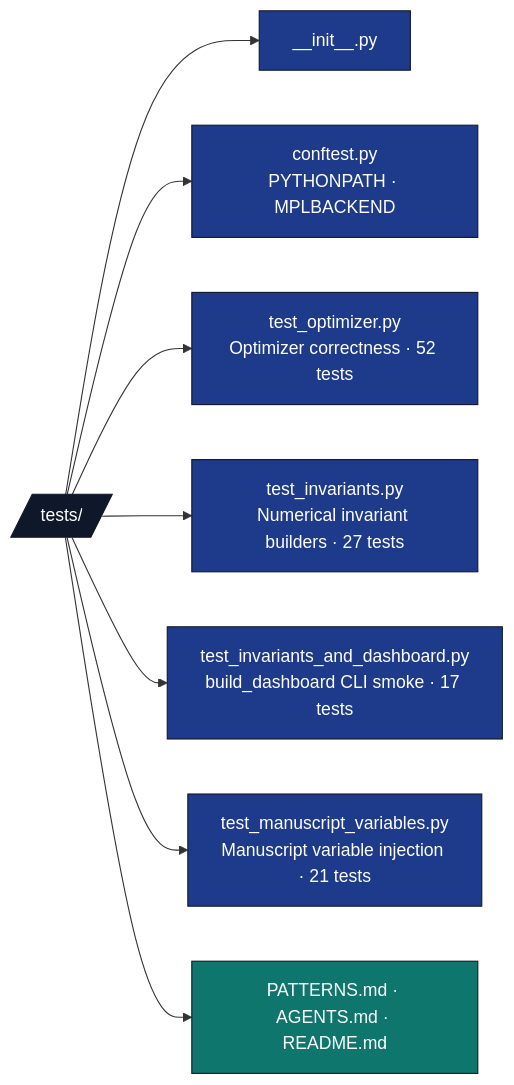
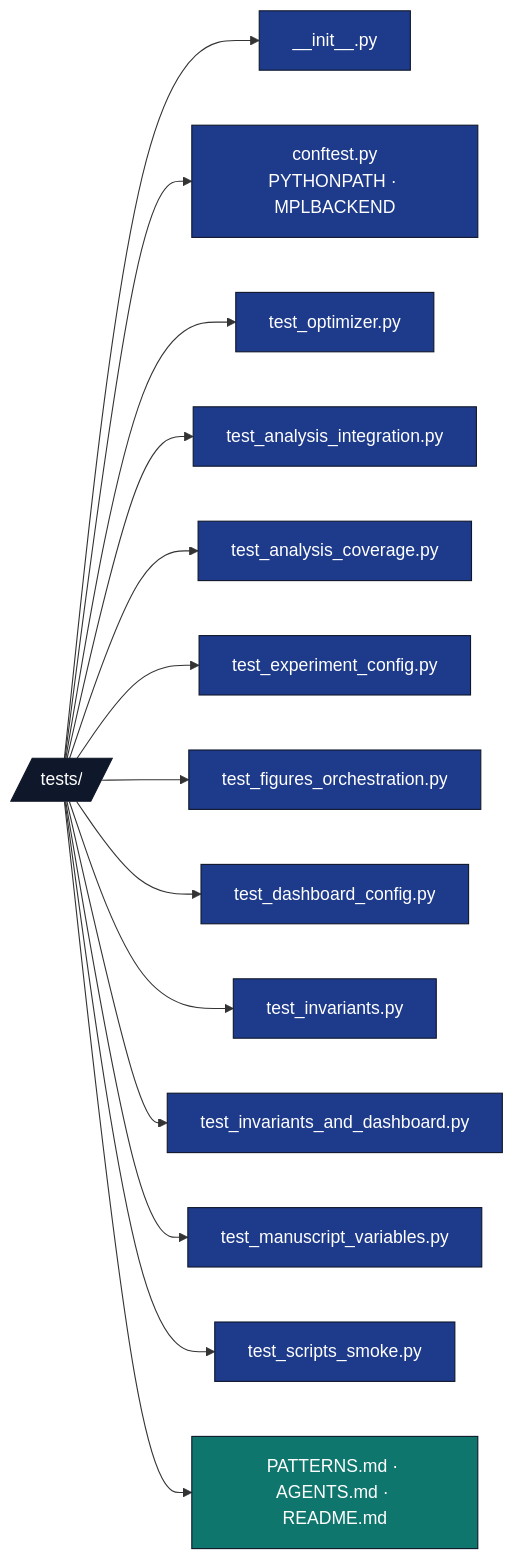
One commit to docxology/template changed the diagram in projects/template_code_project/tests/AGENTS.md. Above: the diagram before and after it, drawn with Mermaid. The commit also changed other lines of this file and 424 other files, not shown here.

````diff
--- a/projects/template_code_project/tests/AGENTS.md
+++ b/projects/template_code_project/tests/AGENTS.md
@@ -16,18 +16,24 @@
 ```mermaid
 flowchart LR
     T[/tests//]
     T --> INIT[__init__.py]
     T --> CFG[conftest.py<br/>PYTHONPATH · MPLBACKEND]
-    T --> TEST[test_optimizer.py<br/>Optimizer correctness · 52 tests]
-    T --> TINV[test_invariants.py<br/>Numerical invariant builders · 27 tests]
-    T --> TIDA[test_invariants_and_dashboard.py<br/>build_dashboard CLI smoke · 17 tests]
-    T --> TMV[test_manuscript_variables.py<br/>Manuscript variable injection · 21 tests]
+    T --> TEST[test_optimizer.py]
+    T --> TAI[test_analysis_integration.py]
+    T --> TAC[test_analysis_coverage.py]
+    T --> TEC[test_experiment_config.py]
+    T --> TFO[test_figures_orchestration.py]
+    T --> TDC[test_dashboard_config.py]
+    T --> TINV[test_invariants.py]
+    T --> TIDA[test_invariants_and_dashboard.py]
+    T --> TMV[test_manuscript_variables.py]
+    T --> TSS[test_scripts_smoke.py]
     T --> DOCS[PATTERNS.md · AGENTS.md · README.md]
 
     classDef d fill:#0f172a,stroke:#0f172a,color:#fff
     classDef code fill:#1e3a8a,stroke:#0f172a,color:#fff
     classDef doc fill:#0f766e,stroke:#0f172a,color:#fff
     class T d
-    class INIT,CFG,TEST,TINV,TIDA,TMV code
+    class INIT,CFG,TEST,TAI,TAC,TEC,TFO,TDC,TINV,TIDA,TMV,TSS code
     class DOCS doc
 ```
````
